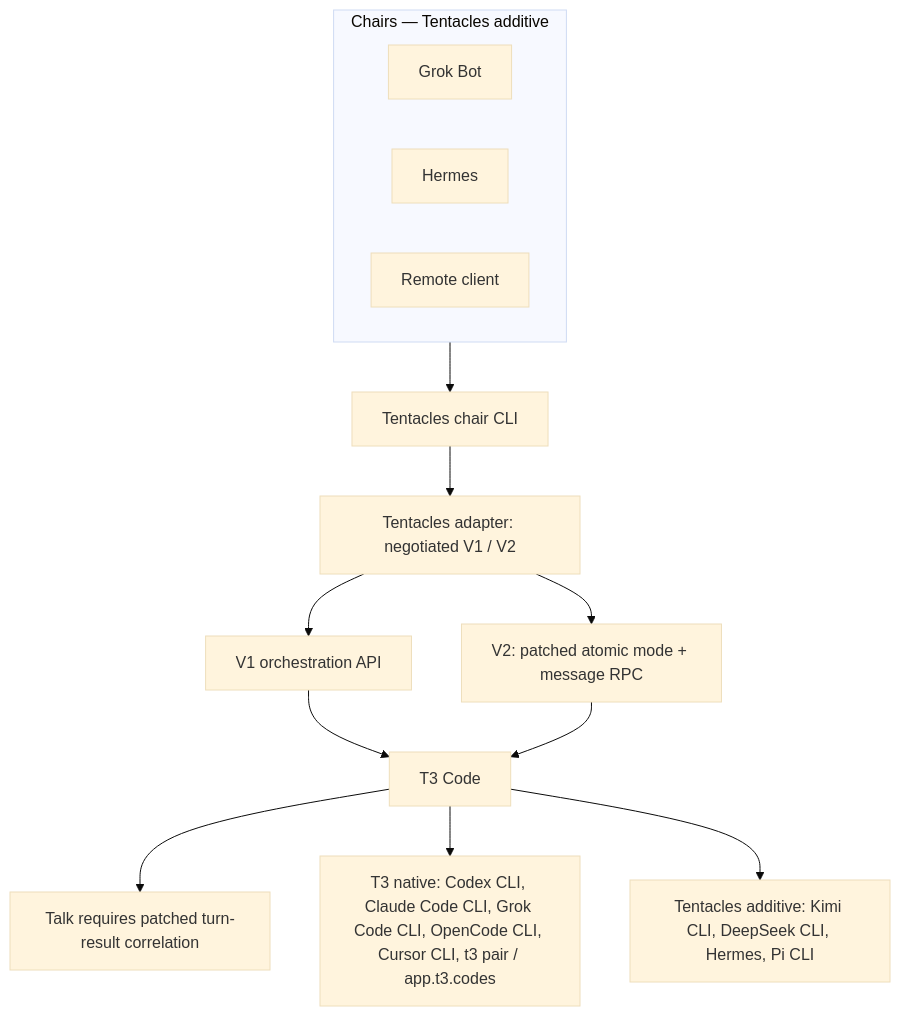
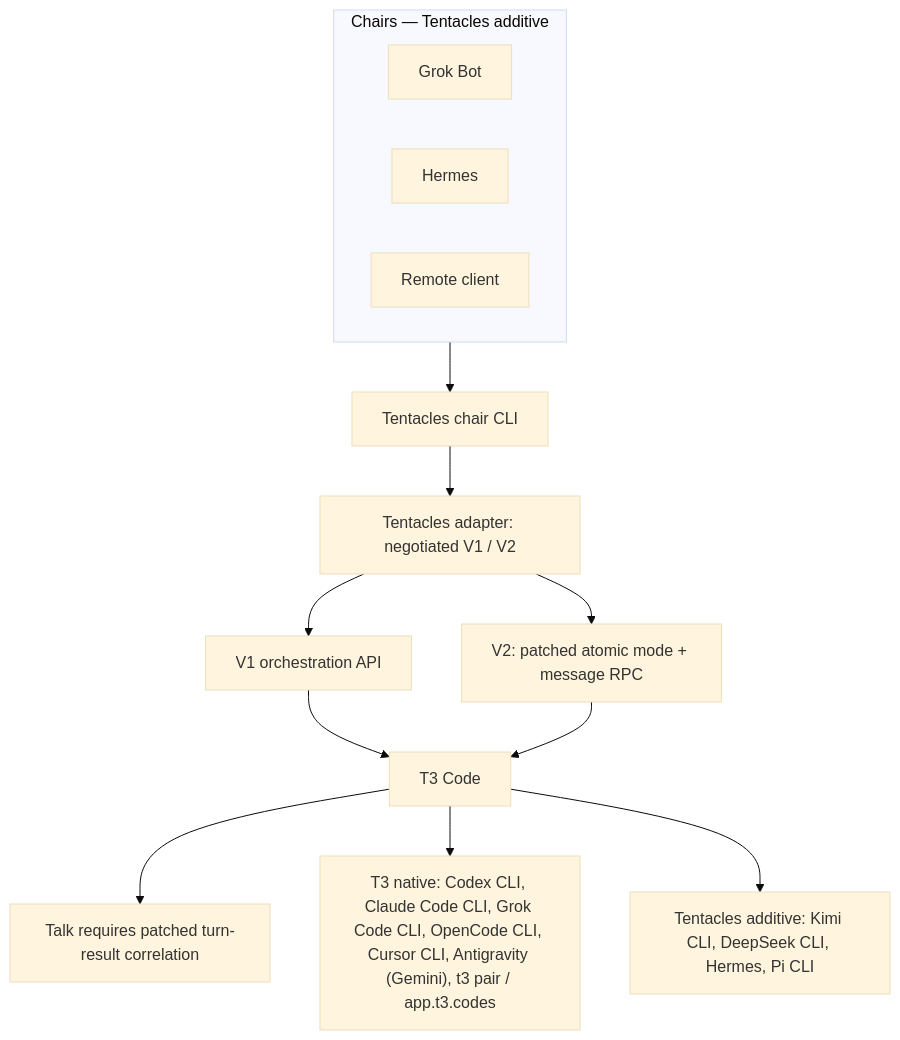
The diagram in README.md (m-check1B/t3-code-tentacles), drawn with Mermaid (base theme) before and after one commit. The commit also changed other lines of this file and 2 other files, not shown here.

First line of the commit message:
docs: show Antigravity as a T3-native lab in the README, loop SVG and poster (#89)

````diff
--- a/README.md
+++ b/README.md
@@ -140,18 +141,18 @@
 ```mermaid
 flowchart TB
     subgraph Chairs["Chairs — Tentacles additive"]
         direction LR
         GrokBot["Grok Bot"]
         HermesChair["Hermes"]
         Remote["Remote client"]
     end
     Chairs --> ChairCLI["Tentacles chair CLI"]
     ChairCLI --> Adapter["Tentacles adapter: negotiated V1 / V2"]
     Adapter --> V1["V1 orchestration API"]
     Adapter --> V2["V2: patched atomic mode + message RPC"]
     V1 --> T3["T3 Code"]
     V2 --> T3
     T3 --> Result["Talk requires patched turn-result correlation"]
-    T3 --> Native["T3 native: Codex CLI, Claude Code CLI, Grok Code CLI, OpenCode CLI, Cursor CLI, t3 pair / app.t3.codes"]
+    T3 --> Native["T3 native: Codex CLI, Claude Code CLI, Grok Code CLI, OpenCode CLI, Cursor CLI, Antigravity (Gemini), t3 pair / app.t3.codes"]
     T3 --> Additive["Tentacles additive: Kimi CLI, DeepSeek CLI, Hermes, Pi CLI"]
 ```
````
